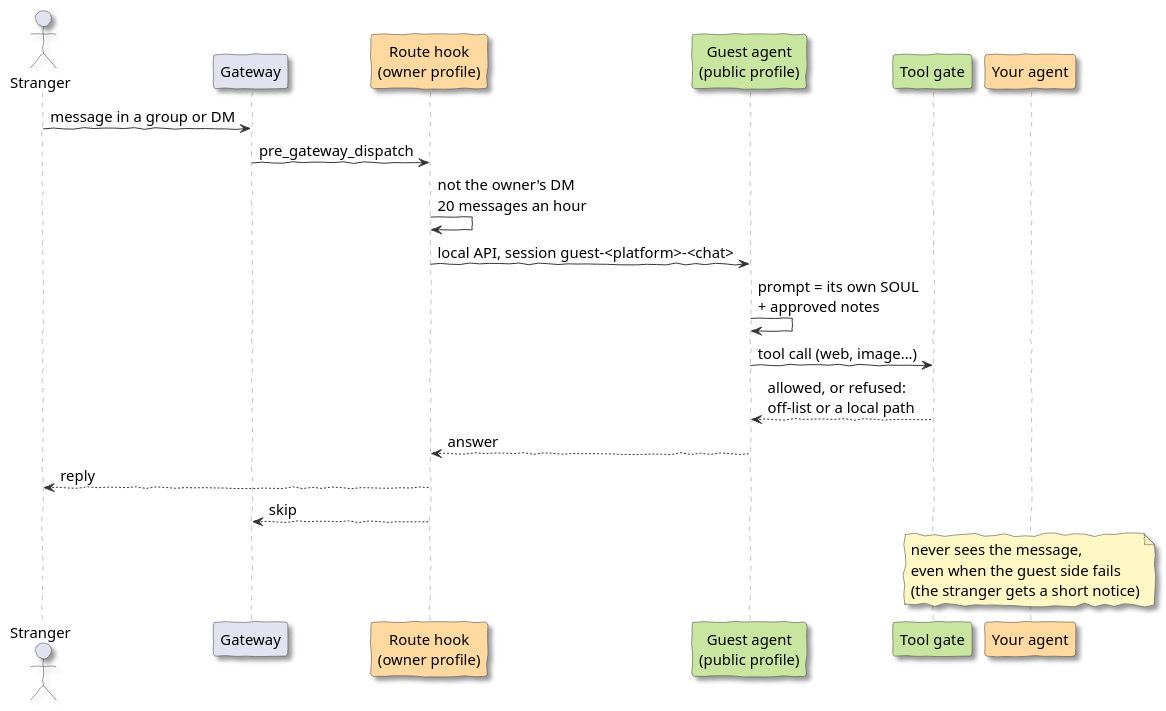
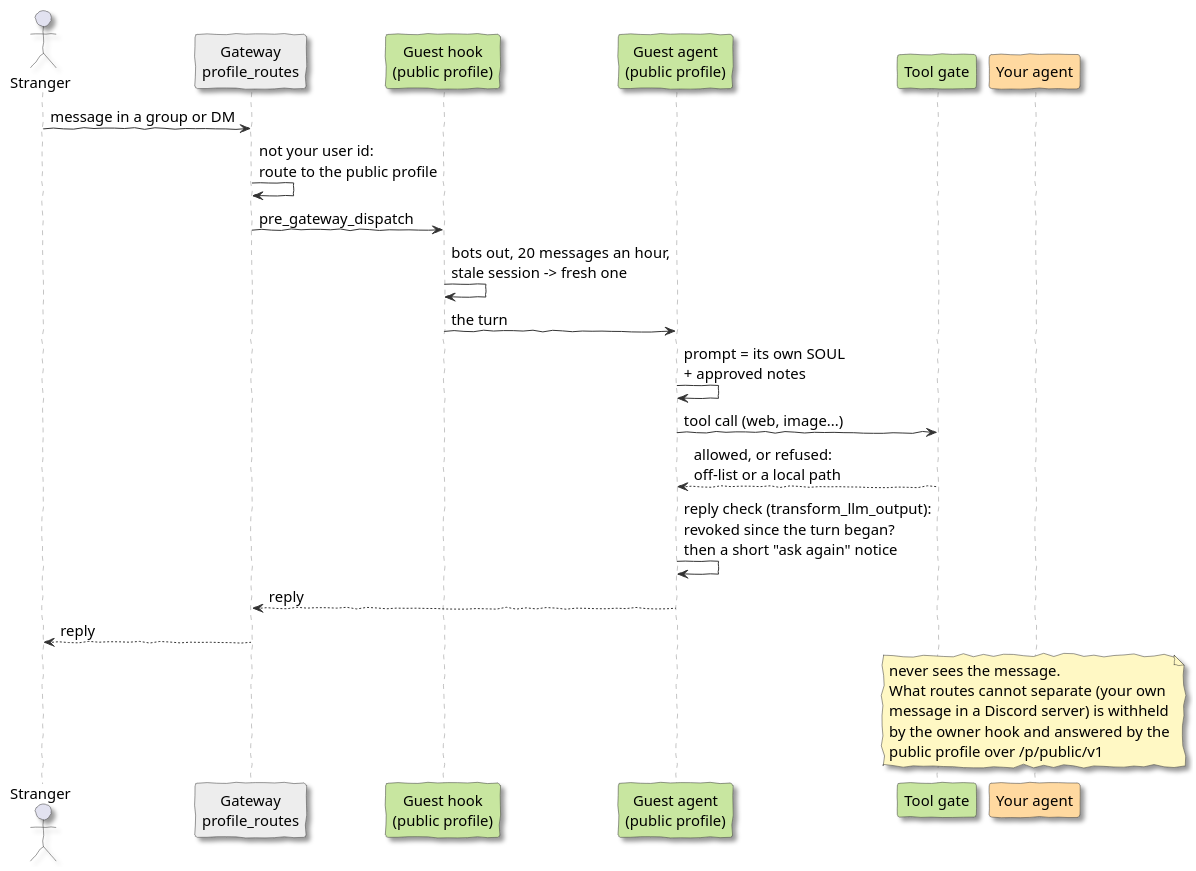
Before and after one commit to dotv-7/salts-secrets-plugin: the diagram in docs/diagrams/question.puml, drawn with PlantUML. The commit also changed 20 other files, not shown here.

```diff
--- a/docs/diagrams/question.puml
+++ b/docs/diagrams/question.puml
@@ -1,35 +1,36 @@
 @startuml
 skinparam handwritten true
 skinparam defaultFontName Dekko
 skinparam defaultFontSize 15
 skinparam shadowing true
 skinparam backgroundColor white
 skinparam sequence {
   ArrowColor #333333
   LifeLineBorderColor #888888
   ParticipantBorderColor #333333
   ActorBorderColor #333333
 }
 skinparam note {
   BackgroundColor #FFF8C4
   BorderColor #333333
 }
 actor Stranger as S
-participant "Gateway" as G
-participant "Route hook\n(owner profile)" as R #FFD9A0
+participant "Gateway\nprofile_routes" as G #EDEDED
+participant "Guest hook\n(public profile)" as H #C8E6A0
 participant "Guest agent\n(public profile)" as P #C8E6A0
 participant "Tool gate" as T #C8E6A0
 participant "Your agent" as O #FFD9A0
 
 S -> G : message in a group or DM
-G -> R : pre_gateway_dispatch
-R -> R : not the owner's DM\n20 messages an hour
-R -> P : local API, session guest-<platform>-<chat>
+G -> G : not your user id:\nroute to the public profile
+G -> H : pre_gateway_dispatch
+H -> H : bots out, 20 messages an hour,\nstale session -> fresh one
+H -> P : the turn
 P -> P : prompt = its own SOUL\n+ approved notes
 P -> T : tool call (web, image...)
 T --> P : allowed, or refused:\noff-list or a local path
-P --> R : answer
-R --> S : reply
-R --> G : skip
-note over O : never sees the message,\neven when the guest side fails\n(the stranger gets a short notice)
+P -> P : reply check (transform_llm_output):\nrevoked since the turn began?\nthen a short "ask again" notice
+P --> G : reply
+G --> S : reply
+note over O : never sees the message.\nWhat routes cannot separate (your own\nmessage in a Discord server) is withheld\nby the owner hook and answered by the\npublic profile over /p/public/v1
 @enduml
```
